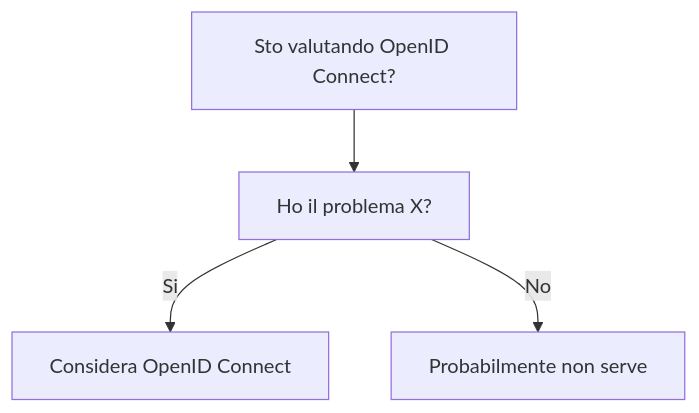
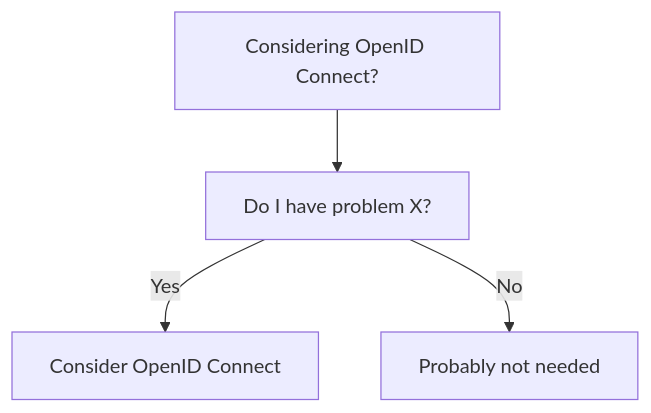
One commit to HxT9/Software-Dev-Wiki changed the diagram in dev-wiki/08_Security/OpenID_Connect/When_To_Use.md. Above: the diagram before and after it, drawn with Mermaid. The commit also changed other lines of this file and 3444 other files, not shown here.

````diff
--- a/dev-wiki/08_Security/OpenID_Connect/When_To_Use.md
+++ b/dev-wiki/08_Security/OpenID_Connect/When_To_Use.md
@@ -19,6 +19,6 @@
 ```mermaid
 flowchart TD
-  Q[Sto valutando OpenID Connect?] --> Q1[Ho il problema X?]
-  Q1 -->|Si| OK[Considera OpenID Connect]
-  Q1 -->|No| NO[Probabilmente non serve]
+  Q[Considering OpenID Connect?] --> Q1[Do I have problem X?]
+  Q1 -->|Yes| OK[Consider OpenID Connect]
+  Q1 -->|No| NO[Probably not needed]
 ```
````
